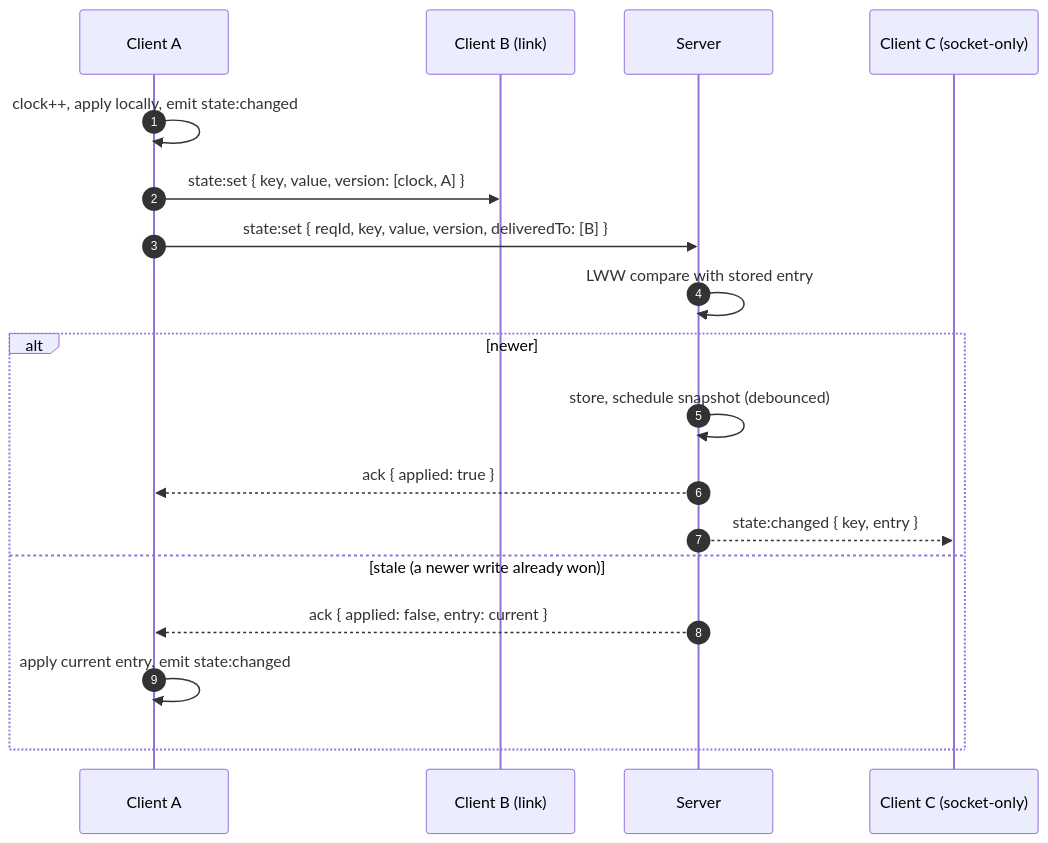
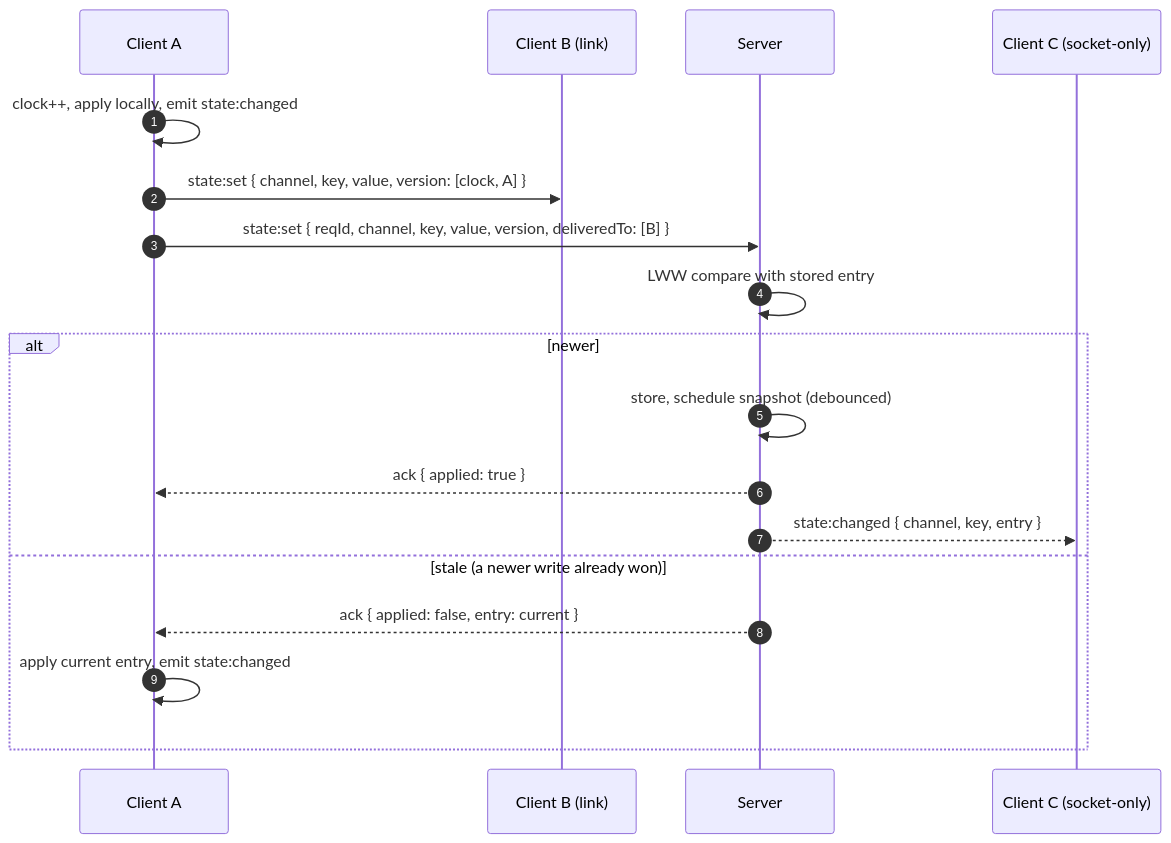
One commit to fullstackedorg/p2p changed the seventh of 8 diagrams in docs/1-concepts/architecture.md. Above: the diagram before and after it, drawn with Mermaid. The commit also changed other lines of this file and 62 other files, not shown here.

````diff
--- a/docs/1-concepts/architecture.md
+++ b/docs/1-concepts/architecture.md
@@ -179,21 +184,21 @@
 ```mermaid
 sequenceDiagram
     autonumber
     participant A as Client A
     participant B as Client B (link)
     participant S as Server
     participant C as Client C (socket-only)
 
     A->>A: clock++, apply locally, emit state:changed
-    A->>B: state:set { key, value, version: [clock, A] }
-    A->>S: state:set { reqId, key, value, version, deliveredTo: [B] }
+    A->>B: state:set { channel, key, value, version: [clock, A] }
+    A->>S: state:set { reqId, channel, key, value, version, deliveredTo: [B] }
     S->>S: LWW compare with stored entry
     alt newer
         S->>S: store, schedule snapshot (debounced)
         S-->>A: ack { applied: true }
-        S-->>C: state:changed { key, entry }
+        S-->>C: state:changed { channel, key, entry }
     else stale (a newer write already won)
         S-->>A: ack { applied: false, entry: current }
         A->>A: apply current entry, emit state:changed
     end
 ```
````
